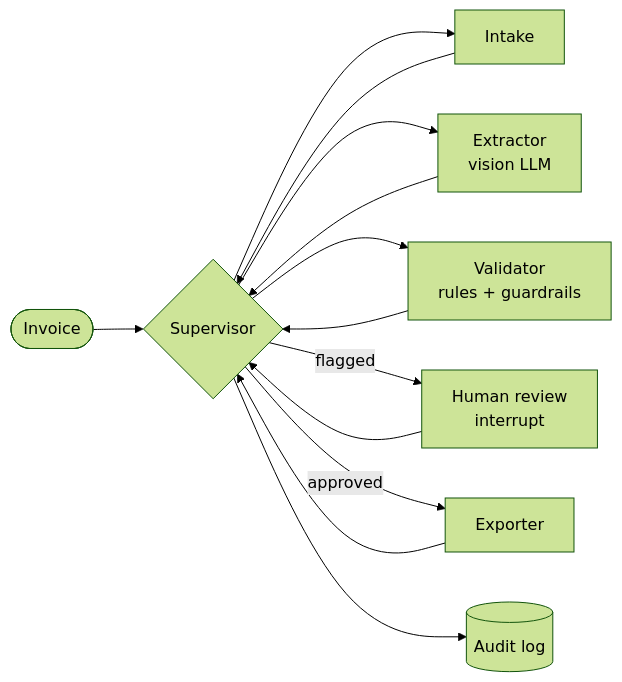
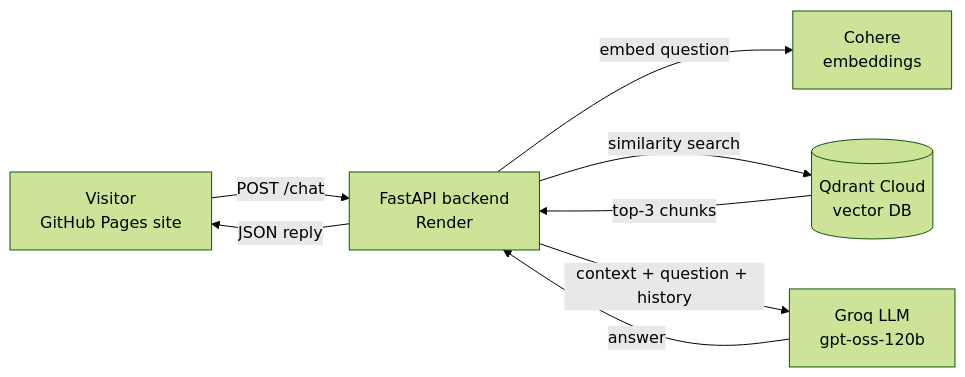
One commit to salu12776/invoiceops changed the diagram in README.md. Above: the diagram before and after it, drawn with Mermaid (forest theme). The commit also changed other lines of this file and 6 other files, not shown here.

````diff
--- a/README.md
+++ b/README.md
@@ -24,11 +19,10 @@
 ```mermaid
 flowchart LR
-    U([Invoice]) --> S{Supervisor}
-    S --> I[Intake]
-    S --> E[Extractor<br/>vision LLM]
-    S --> V[Validator<br/>rules + guardrails]
-    S -->|flagged| H[Human review<br/>interrupt]
-    S -->|approved| X[Exporter]
-    S --> A[(Audit log)]
-    I & E & V & H & X --> S
+    A[Visitor<br/>GitHub Pages site] -->|POST /chat| B[FastAPI backend<br/>Render]
+    B -->|embed question| C[Cohere<br/>embeddings]
+    B -->|similarity search| D[(Qdrant Cloud<br/>vector DB)]
+    D -->|top-3 chunks| B
+    B -->|context + question + history| E[Groq LLM<br/>gpt-oss-120b]
+    E -->|answer| B
+    B -->|JSON reply| A
 ```
````
